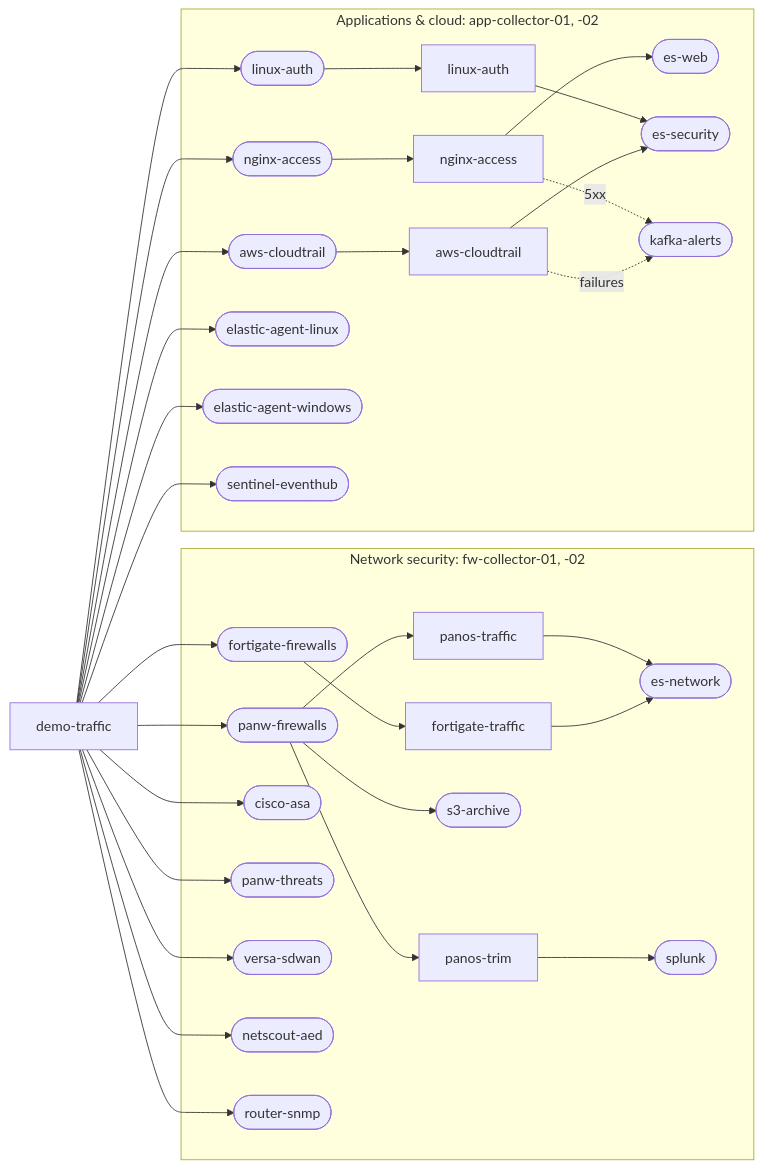
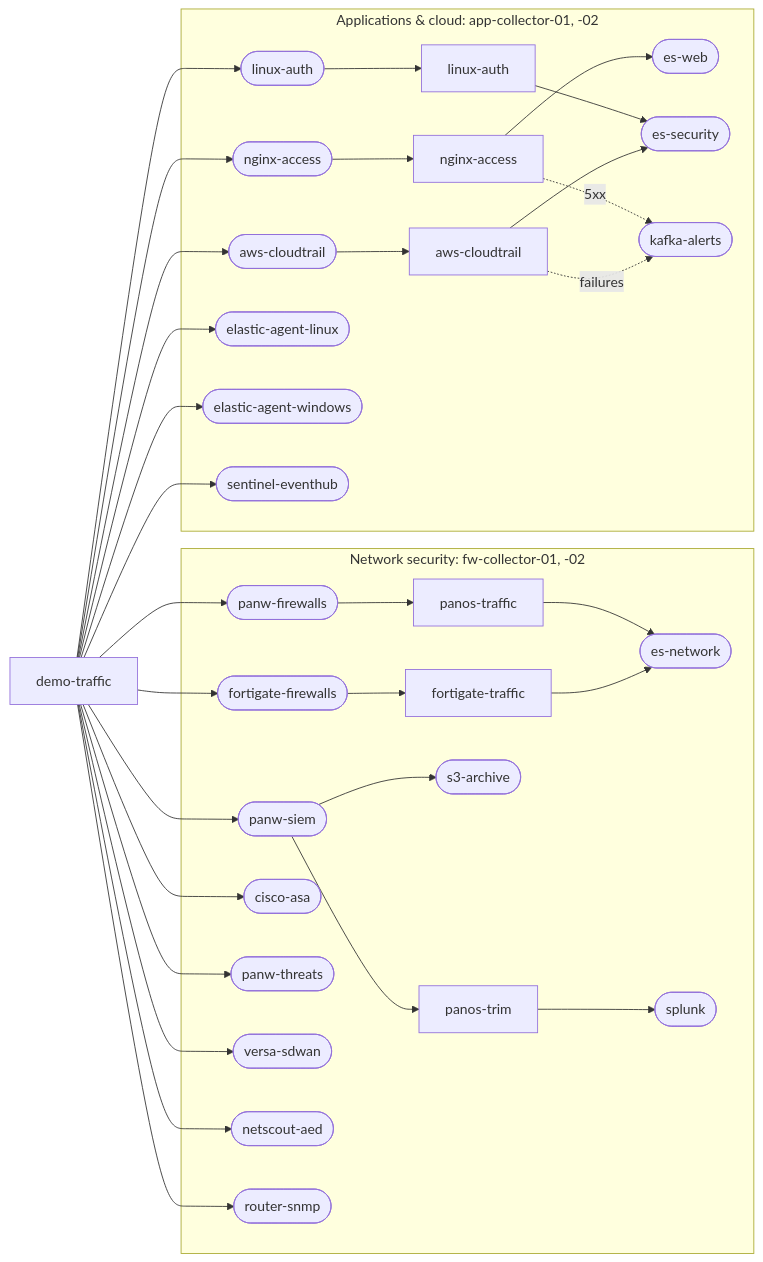
The diagram in tools/screenshots/README.md (smeltr-sh/smeltr), drawn with Mermaid before and after one commit. The commit also changed 6 other files, not shown here.

First line of the commit message:
Give the SIEM routes a source of their own, so the shot shows only the SIEM and the archive

````diff
--- a/tools/screenshots/README.md
+++ b/tools/screenshots/README.md
@@ -18,21 +18,21 @@
 ```mermaid
 graph LR
-  gen[demo-traffic] --> pa([panw-firewalls]) & fg([fortigate-firewalls]) & ng([nginx-access]) & au([linux-auth]) & ct([aws-cloudtrail])
+  gen[demo-traffic] --> pa([panw-firewalls]) & ps([panw-siem]) & fg([fortigate-firewalls]) & ng([nginx-access]) & au([linux-auth]) & ct([aws-cloudtrail])
   gen --> asa([cisco-asa]) & pt([panw-threats]) & vs([versa-sdwan]) & aed([netscout-aed]) & snmp([router-snmp])
   gen --> eal([elastic-agent-linux]) & eaw([elastic-agent-windows]) & sen([sentinel-eventhub])
   subgraph network [Network security: fw-collector-01, -02]
     pa --> pp[panos-traffic] --> esn([es-network])
-    pa --> pt2[panos-trim] --> spl([splunk])
-    pa --> arc([s3-archive])
+    ps --> pt2[panos-trim] --> spl([splunk])
+    ps --> arc([s3-archive])
     fg --> fp[fortigate-traffic] --> esn
     asa & pt & vs & aed & snmp
   end
   subgraph apps [Applications & cloud: app-collector-01, -02]
     ng --> np[nginx-access] --> esw([es-web])
     au --> ap[linux-auth] --> ess([es-security])
     ct --> cp[aws-cloudtrail] --> ess
     np -. 5xx .-> ka([kafka-alerts])
     cp -. failures .-> ka
     eal & eaw & sen
   end
 ```
````
